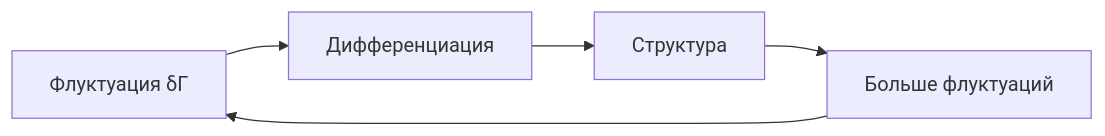
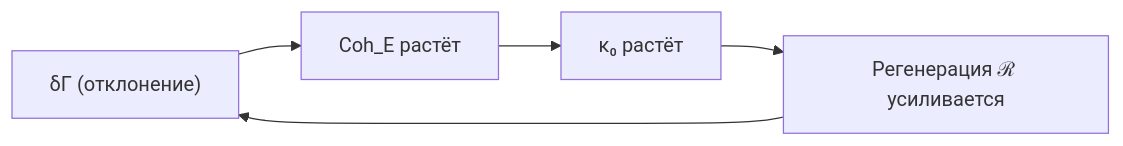
One commit to uhm-theory/holon changed the first of 2 diagrams in website/docs/physics/cosmology-phys/origin.md. Above: the diagram before and after it, drawn with Mermaid. The commit also changed other lines of this file and 42 other files, not shown here.

````diff
--- a/website/docs/physics/cosmology-phys/origin.md
+++ b/website/docs/physics/cosmology-phys/origin.md
@@ -89,7 +137,7 @@
 ```mermaid
 graph LR
-    F[Флуктуация δΓ] --> D[Дифференциация]
-    D --> S[Структура]
-    S --> M[Больше флуктуаций]
-    M --> F
+    F["δΓ (отклонение)"] --> C["Coh_E растёт"]
+    C --> K["κ₀ растёт"]
+    K --> R["Регенерация ℛ усиливается"]
+    R --> F
 ```
````
